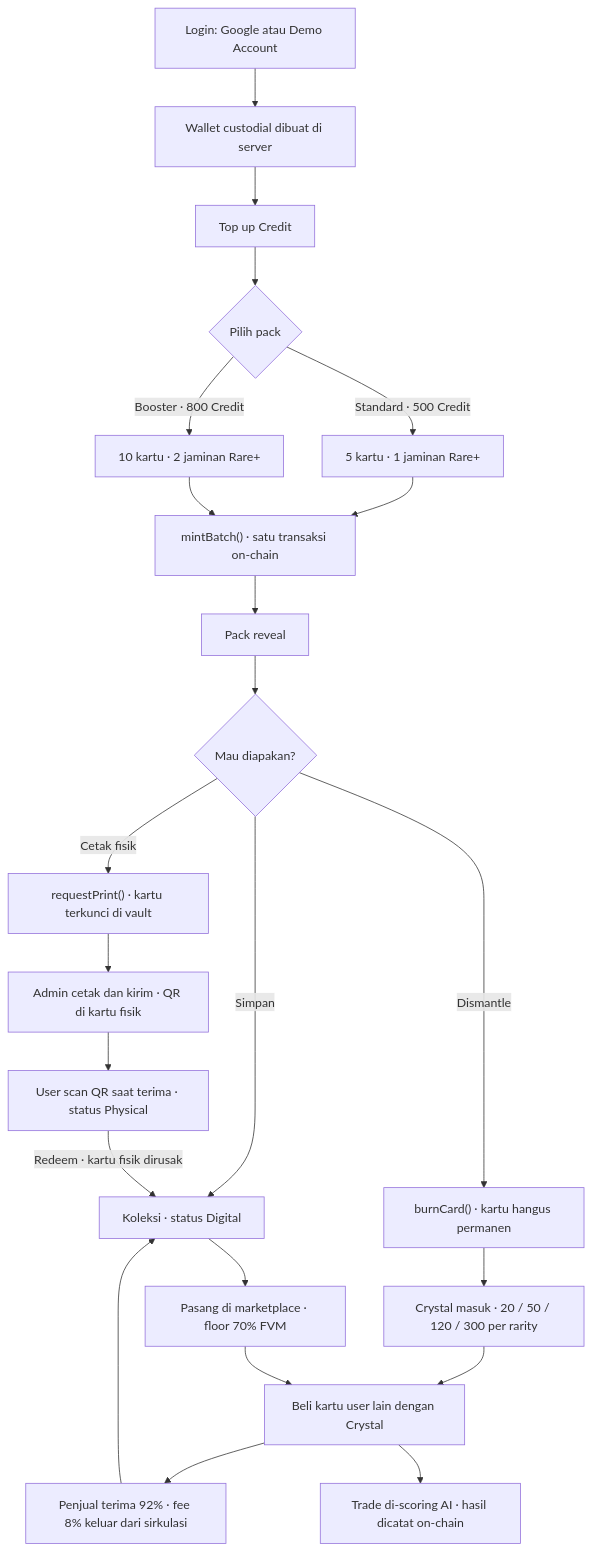
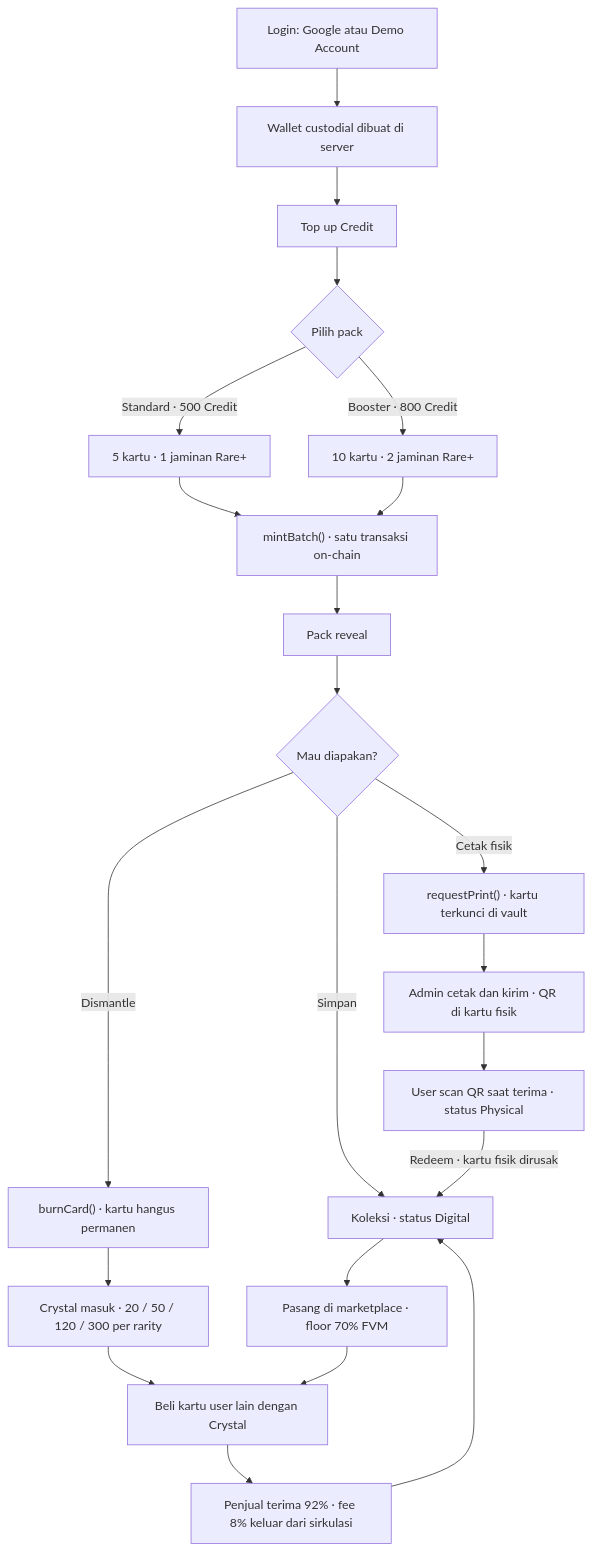
One commit to Gihasy/Gachard changed the first of 4 diagrams in README.md. Above: the diagram before and after it, drawn with Mermaid. The commit also changed other lines of this file and 8 other files, not shown here.

````diff
--- a/README.md
+++ b/README.md
@@ -37,28 +37,27 @@
 ```mermaid
 flowchart TD
     A["Login: Google atau Demo Account"] --> B["Wallet custodial dibuat di server"]
     B --> C["Top up Credit"]
     C --> D{"Pilih pack"}
     D -->|"Standard · 500 Credit"| E["5 kartu · 1 jaminan Rare+"]
     D -->|"Booster · 800 Credit"| F["10 kartu · 2 jaminan Rare+"]
     E --> G["mintBatch() · satu transaksi on-chain"]
     F --> G
     G --> H["Pack reveal"]
     H --> I{"Mau diapakan?"}
 
     I -->|"Simpan"| J["Koleksi · status Digital"]
     I -->|"Dismantle"| K["burnCard() · kartu hangus permanen"]
     I -->|"Cetak fisik"| L["requestPrint() · kartu terkunci di vault"]
 
     K --> M["Crystal masuk · 20 / 50 / 120 / 300 per rarity"]
     L --> N["Admin cetak dan kirim · QR di kartu fisik"]
     N --> O["User scan QR saat terima · status Physical"]
     O -->|"Redeem · kartu fisik dirusak"| J
 
     J --> P["Pasang di marketplace · floor 70% FVM"]
     M --> Q["Beli kartu user lain dengan Crystal"]
     P --> Q
     Q --> R["Penjual terima 92% · fee 8% keluar dari sirkulasi"]
-    Q --> S["Trade di-scoring AI · hasil dicatat on-chain"]
     R --> J
 ```
````
